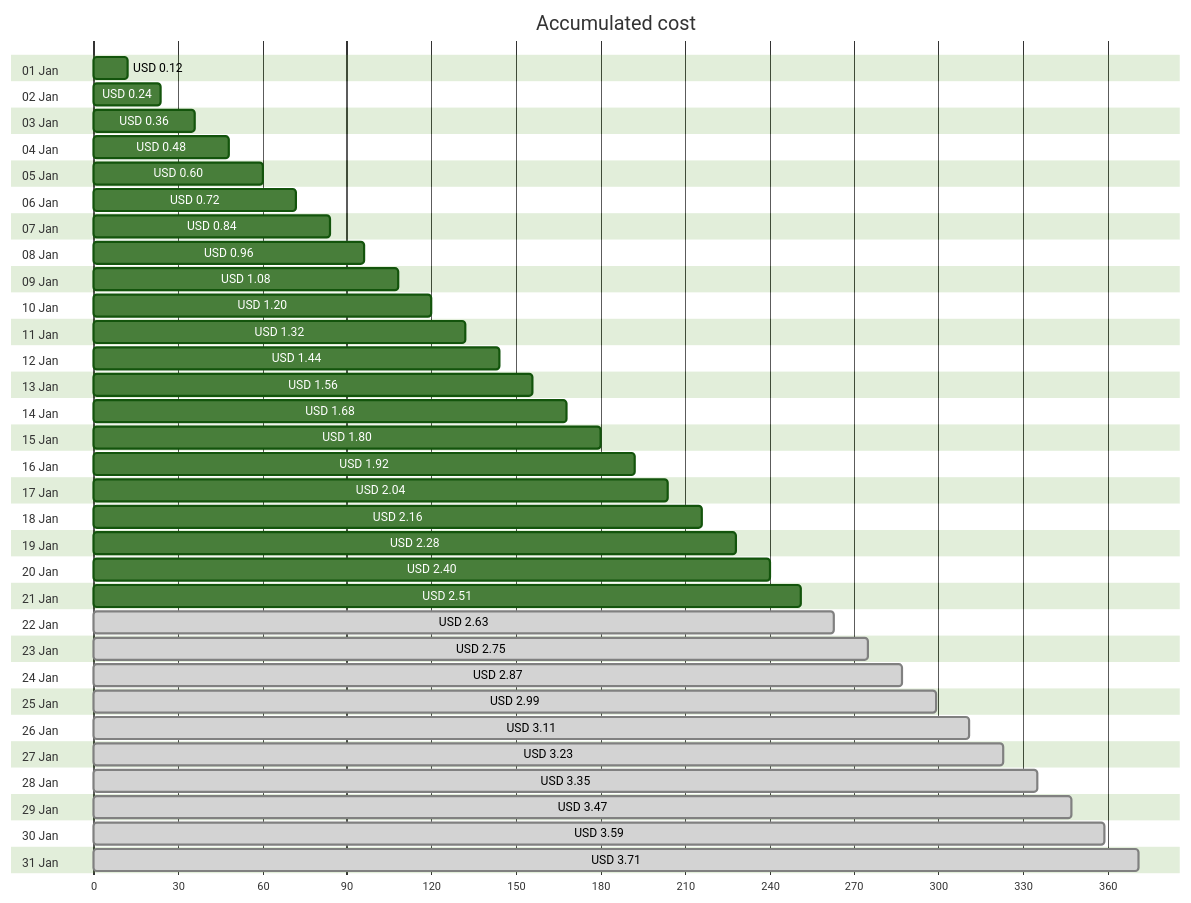
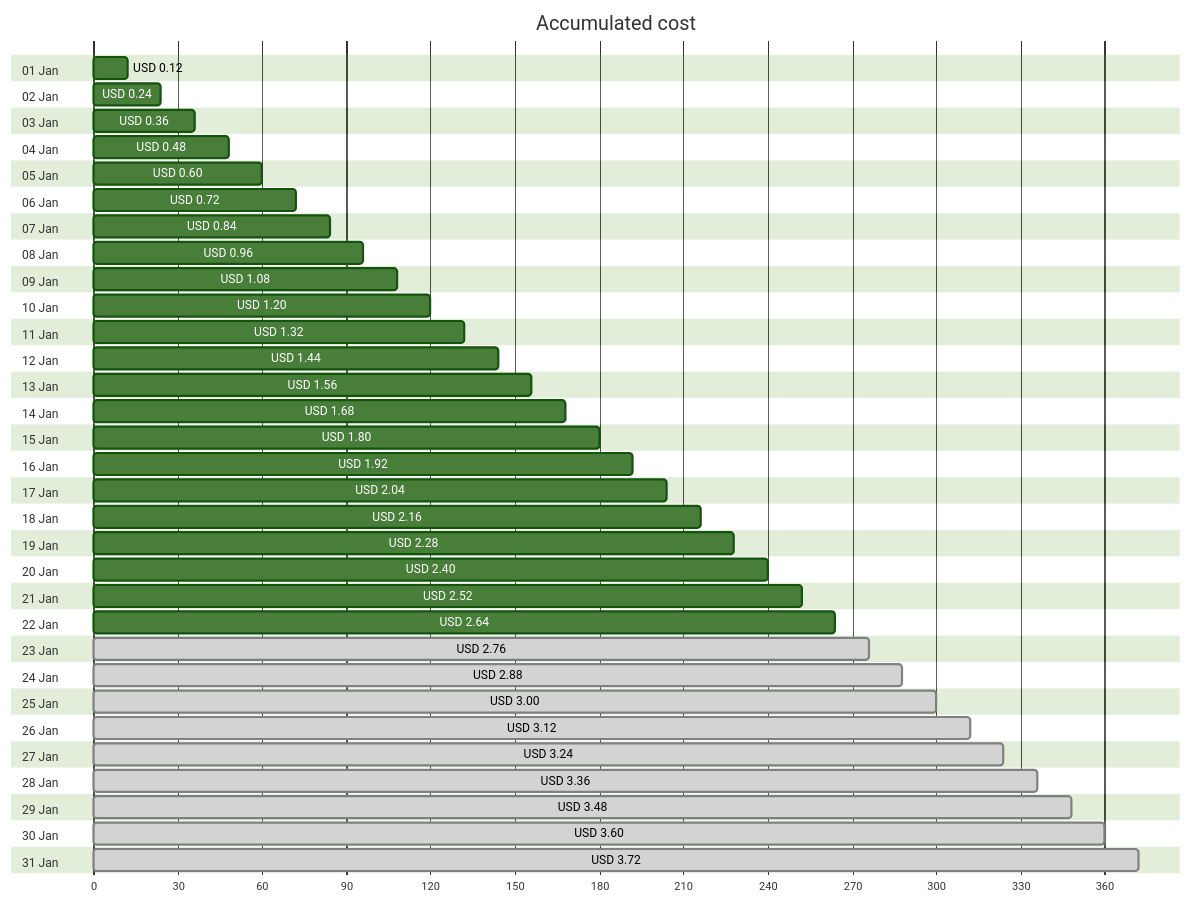
One commit to jpfulton/azure-personal-reports changed the first of 4 diagrams in cost-reports/personal-network/backup-server-public-ip.md. Above: the diagram before and after it, drawn with Mermaid (forest theme). The commit also changed other lines of this file and 8 other files, not shown here.

````diff
--- a/cost-reports/personal-network/backup-server-public-ip.md
+++ b/cost-reports/personal-network/backup-server-public-ip.md
@@ -20,68 +20,68 @@
 ```mermaid
 gantt
    title Accumulated cost
    dateFormat  X
    axisFormat %s
    section 01 Jan
    USD 0.12 :0, 12
    section 02 Jan
    USD 0.24 :0, 24
    section 03 Jan
    USD 0.36 :0, 36
    section 04 Jan
    USD 0.48 :0, 48
    section 05 Jan
    USD 0.60 :0, 60
    section 06 Jan
    USD 0.72 :0, 72
    section 07 Jan
    USD 0.84 :0, 84
    section 08 Jan
    USD 0.96 :0, 96
    section 09 Jan
    USD 1.08 :0, 108
    section 10 Jan
    USD 1.20 :0, 120
    section 11 Jan
    USD 1.32 :0, 132
    section 12 Jan
    USD 1.44 :0, 144
    section 13 Jan
    USD 1.56 :0, 156
    section 14 Jan
    USD 1.68 :0, 168
    section 15 Jan
    USD 1.80 :0, 180
    section 16 Jan
    USD 1.92 :0, 192
    section 17 Jan
    USD 2.04 :0, 204
    section 18 Jan
    USD 2.16 :0, 216
    section 19 Jan
    USD 2.28 :0, 228
    section 20 Jan
    USD 2.40 :0, 240
    section 21 Jan
-   USD 2.51 :0, 251
+   USD 2.52 :0, 252
    section 22 Jan
-   USD 2.63 : done, 0, 263
+   USD 2.64 :0, 264
    section 23 Jan
-   USD 2.75 : done, 0, 275
+   USD 2.76 : done, 0, 276
    section 24 Jan
-   USD 2.87 : done, 0, 287
+   USD 2.88 : done, 0, 288
    section 25 Jan
-   USD 2.99 : done, 0, 299
+   USD 3.00 : done, 0, 300
    section 26 Jan
-   USD 3.11 : done, 0, 311
+   USD 3.12 : done, 0, 312
    section 27 Jan
-   USD 3.23 : done, 0, 323
+   USD 3.24 : done, 0, 324
    section 28 Jan
-   USD 3.35 : done, 0, 335
+   USD 3.36 : done, 0, 336
    section 29 Jan
-   USD 3.47 : done, 0, 347
+   USD 3.48 : done, 0, 348
    section 30 Jan
-   USD 3.59 : done, 0, 359
+   USD 3.60 : done, 0, 360
    section 31 Jan
-   USD 3.71 : done, 0, 371
+   USD 3.72 : done, 0, 372
 ```
````
